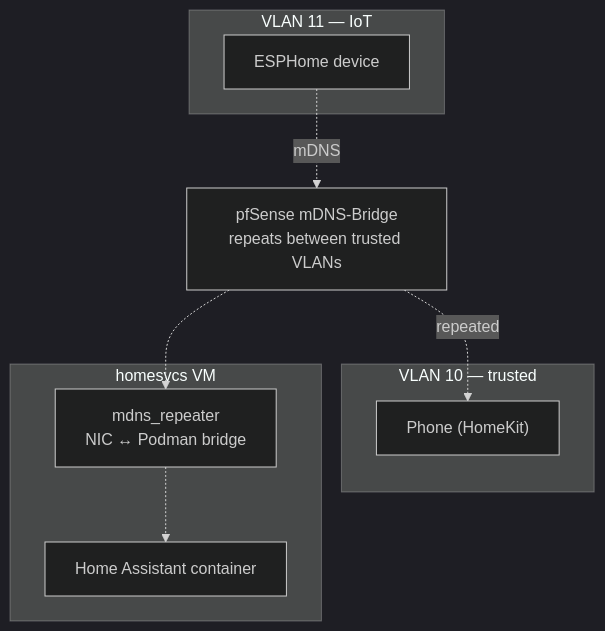
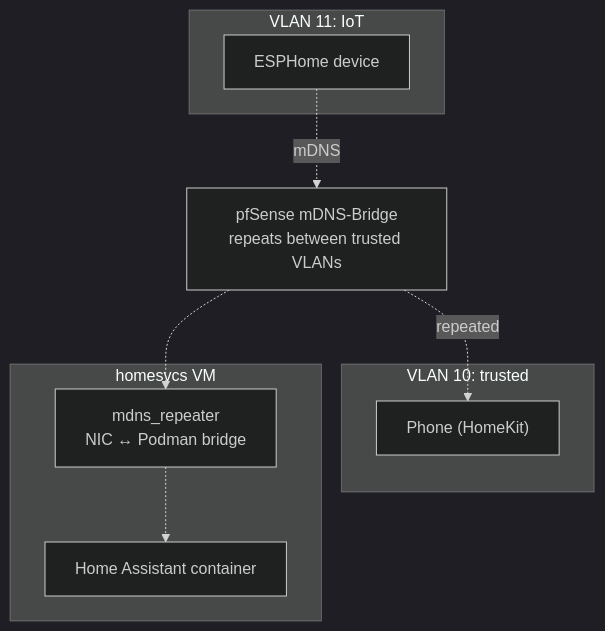
One commit to babraham123/homesite changed the diagram in src/www/docs/blog/posts/vlans-and-mdns.md. Above: the diagram before and after it, drawn with Mermaid (dark theme). The commit also changed other lines of this file and 11 other files, not shown here.

````diff
--- a/src/www/docs/blog/posts/vlans-and-mdns.md
+++ b/src/www/docs/blog/posts/vlans-and-mdns.md
@@ -40,16 +40,16 @@
 ```mermaid
 flowchart TB
-    subgraph v10["VLAN 10 — trusted"]
+    subgraph v10["VLAN 10: trusted"]
         phone["Phone (HomeKit)"]
     end
-    subgraph v11["VLAN 11 — IoT"]
+    subgraph v11["VLAN 11: IoT"]
         dev["ESPHome device"]
     end
     bridge["pfSense mDNS-Bridge<br/>repeats between trusted VLANs"]
     subgraph vm["homesvcs VM"]
         rep["mdns_repeater<br/>NIC ↔ Podman bridge"]
         ha["Home Assistant container"]
     end
     dev -. mDNS .-> bridge -. repeated .-> phone
     bridge -.-> rep -.-> ha
 ```
````
